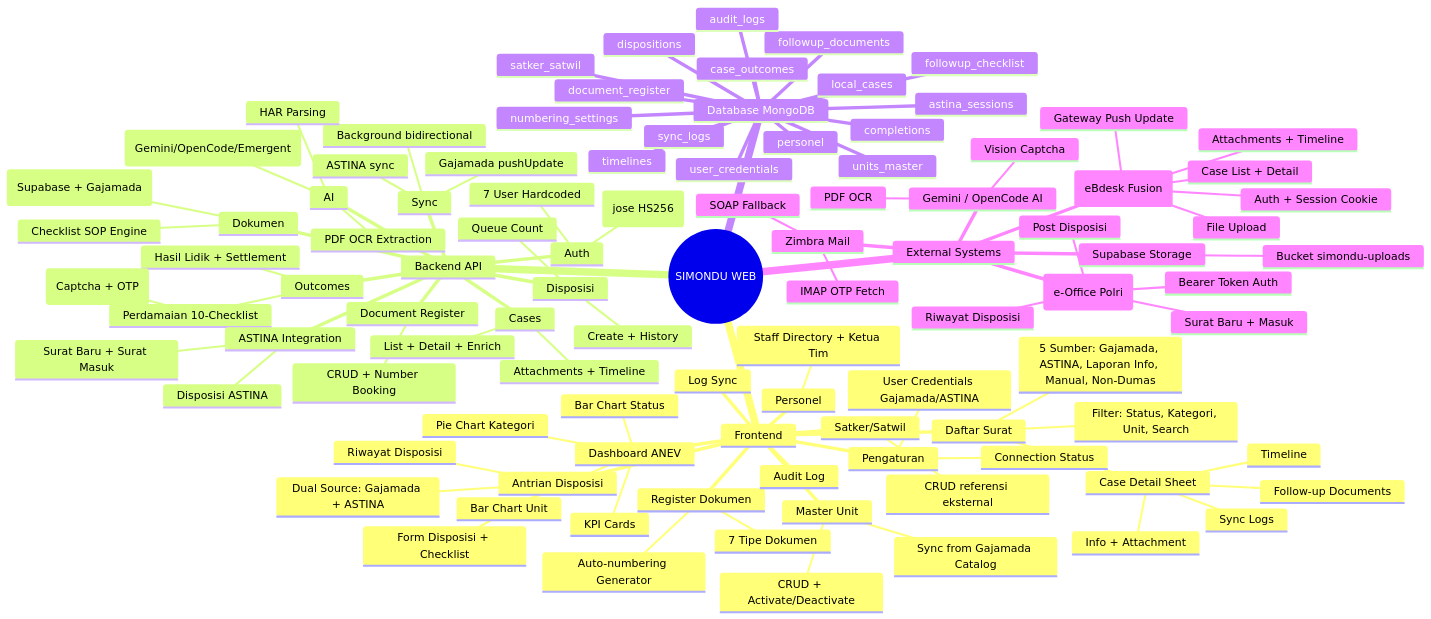
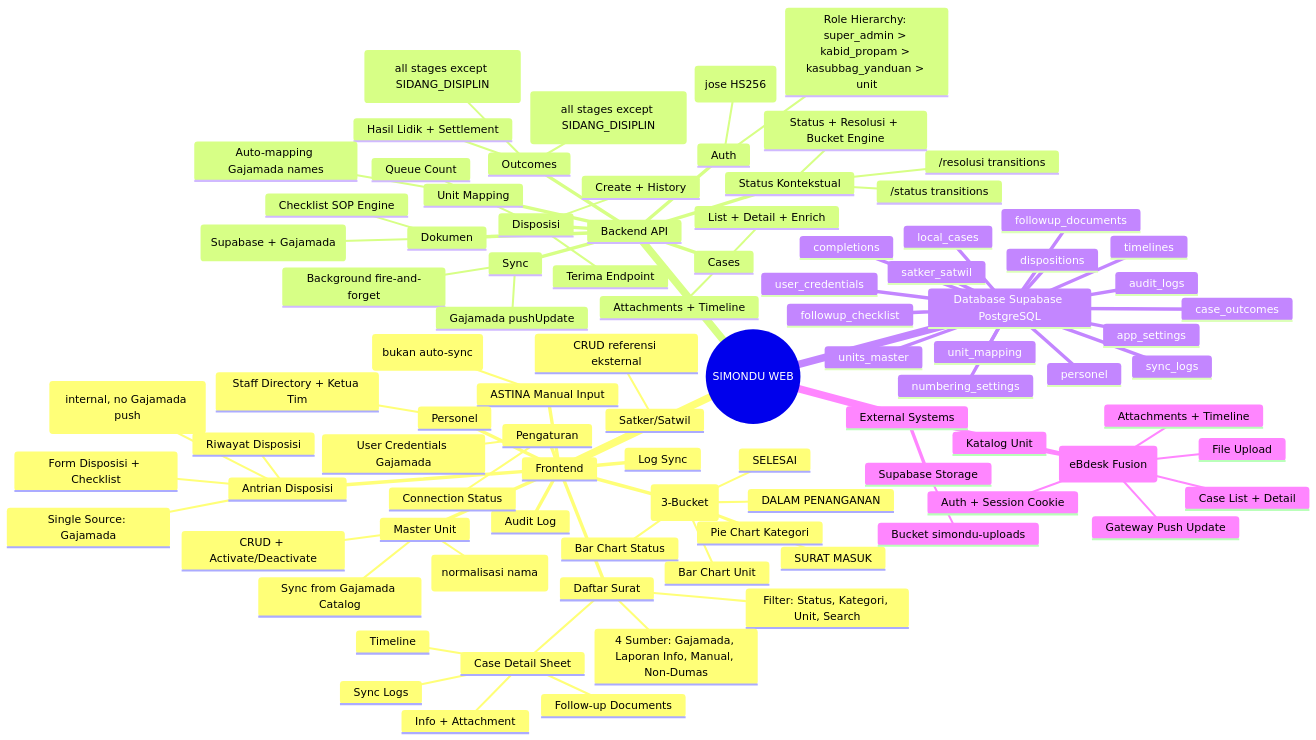
Before and after one commit to Kilodash/SIMONDU_WEB: the diagram in brain/mindmap.md, drawn with Mermaid. The commit also changed other lines of this file and 22 other files, not shown here.

First line of the commit message:
feat: migrate to new Polda Jabar 3-bucket status model + unit sync from Gajamada

````diff
--- a/brain/mindmap.md
+++ b/brain/mindmap.md
@@ -11,69 +11,69 @@
 mindmap
   root((SIMONDU WEB))
     Frontend
-      Dashboard ANEV
-        KPI Cards
+      Dashboard ANEV (3-Bucket)
+        SURAT MASUK
+        DALAM PENANGANAN
+        SELESAI
         Bar Chart Status
         Pie Chart Kategori
         Bar Chart Unit
       Daftar Surat
         Filter: Status, Kategori, Unit, Search
-        5 Sumber: Gajamada, ASTINA, Laporan Info, Manual, Non-Dumas
+        4 Sumber: Gajamada, Laporan Info, Manual, Non-Dumas
         Case Detail Sheet
           Info + Attachment
           Follow-up Documents
           Timeline
           Sync Logs
       Antrian Disposisi
-        Dual Source: Gajamada + ASTINA
+        Single Source: Gajamada
         Form Disposisi + Checklist
         Riwayat Disposisi
+        Terima (internal, no Gajamada push)
       Master Unit
         CRUD + Activate/Deactivate
         Sync from Gajamada Catalog
+        Unit Mapping (normalisasi nama)
       Satker/Satwil
         CRUD referensi eksternal
-      Register Dokumen
-        7 Tipe Dokumen
-        Auto-numbering Generator
+      ASTINA Manual Input
+        Input surat ASTINA manual (bukan auto-sync)
       Personel
         Staff Directory + Ketua Tim
       Log Sync
       Audit Log
       Pengaturan
-        User Credentials Gajamada/ASTINA
+        User Credentials Gajamada
         Connection Status
     Backend API
       Auth
         JWT Cookie (jose HS256)
-        7 User Hardcoded
+        Role Hierarchy: super_admin > kabid_propam > kasubbag_yanduan > unit
       Cases
         List + Detail + Enrich
         Attachments + Timeline
       Disposisi
         Create + History
         Queue Count
+        Terima Endpoint
+      Status Kontekstual
+        /status transitions
+        /resolusi transitions
+        Status + Resolusi + Bucket Engine
       Dokumen
         Upload Dual (Supabase + Gajamada)
         Checklist SOP Engine
       Outcomes
         Hasil Lidik + Settlement
-        Perdamaian 10-Checklist
+        Perdamaian (all stages except SIDANG_DISIPLIN)
+        RJ (all stages except SIDANG_DISIPLIN)
       Sync
-        Background bidirectional
+        Background fire-and-forget
         Gajamada pushUpdate
-        ASTINA sync
-      Document Register
-        CRUD + Number Booking
-      ASTINA Integration
-        Auto-login (Captcha + OTP)
-        Surat Baru + Surat Masuk
-        Disposisi ASTINA
-      AI
-        Captcha Solving (Gemini/OpenCode/Emergent)
-        PDF OCR Extraction
-        HAR Parsing
-    Database MongoDB
+      Unit Mapping
+        Auto-mapping Gajamada names
+    Database Supabase PostgreSQL
       dispositions
       timelines
       followup_documents
@@ -86,10 +86,10 @@
       satker_satwil
       numbering_settings
       local_cases
-      astina_sessions
-      document_register
       personel
       user_credentials
+      app_settings
+      unit_mapping
     External Systems
       Gajamada (eBdesk Fusion)
         Auth + Session Cookie
@@ -97,17 +97,7 @@
         Attachments + Timeline
         Gateway Push Update
         File Upload
-      ASTINA (e-Office Polri)
-        Bearer Token Auth
-        Surat Baru + Masuk
-        Riwayat Disposisi
-        Post Disposisi
+        Katalog Unit
       Supabase Storage
         Bucket simondu-uploads
-      Gemini / OpenCode AI
-        Vision Captcha
-        PDF OCR
-      Zimbra Mail
-        IMAP OTP Fetch
-        SOAP Fallback
 ```
````
